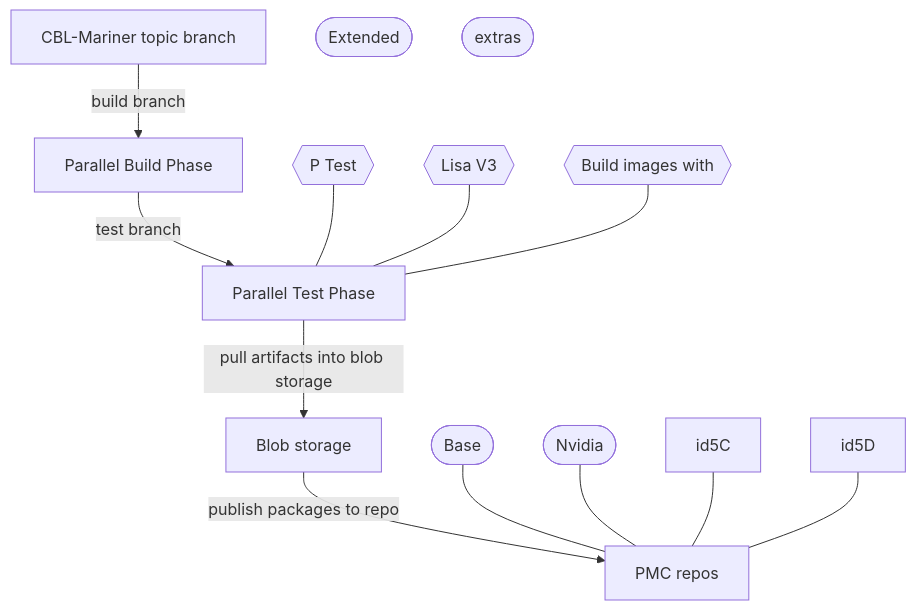
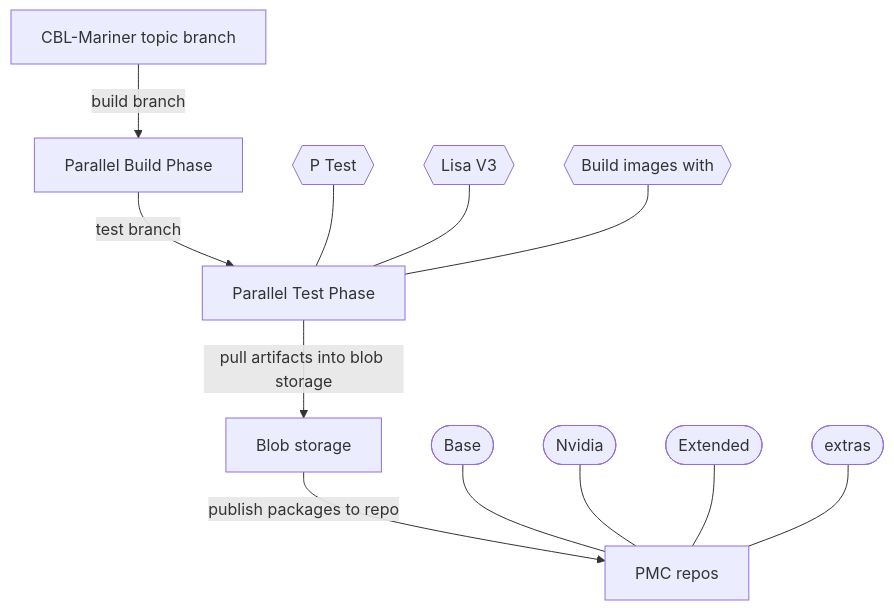
One commit to mbykhovtsev-ms/CBL-Mariner changed the diagram in SPECS/tboot/README.md. Above: the diagram before and after it, drawn with Mermaid.

Commit message:
fixing node ids

````diff
--- a/SPECS/tboot/README.md
+++ b/SPECS/tboot/README.md
@@ -45,31 +45,31 @@
 ```mermaid
 ---
 Parallel Publishing Chart
 ---
 flowchart TD
 	id1[CBL-Mariner topic branch]
 	id2[Parallel Build Phase]
 	id3[Parallel Test Phase]
 	id3A{{P Test}}
 	id3B{{Lisa V3}}
 	id3C{{Build images with}}
 	id4[Blob storage]
 	id5[PMC repos]
 	id5A([Base])
 	id5B([Nvidia])
-	id6C([Extended])
-	id6D([extras])
+	id5C([Extended])
+	id5D([extras])
 
 	id1 --> |build branch|id2
 	id2 --> |test branch|id3
 	id3A --- id3
 	id3B --- id3
 	id3C --- id3
 	id3 --> |pull artifacts into blob storage|id4
 	id4 --> |publish packages to repo|id5
 	id5A --- id5
 	id5B --- id5
 	id5C --- id5
 	id5D --- id5
 
 ```
````
